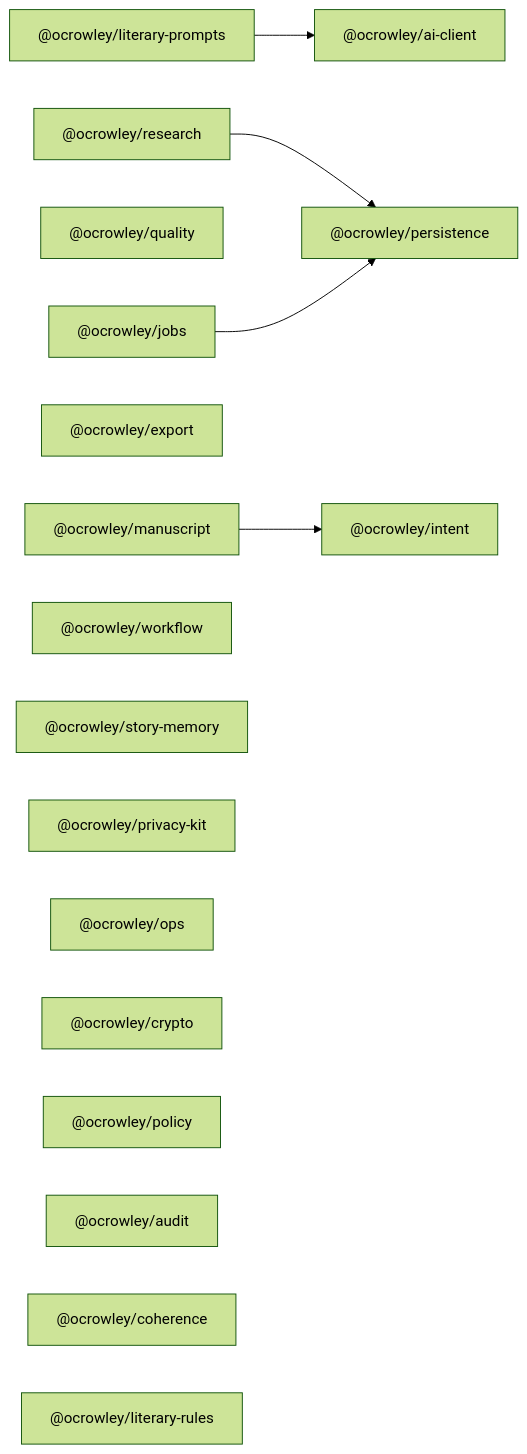
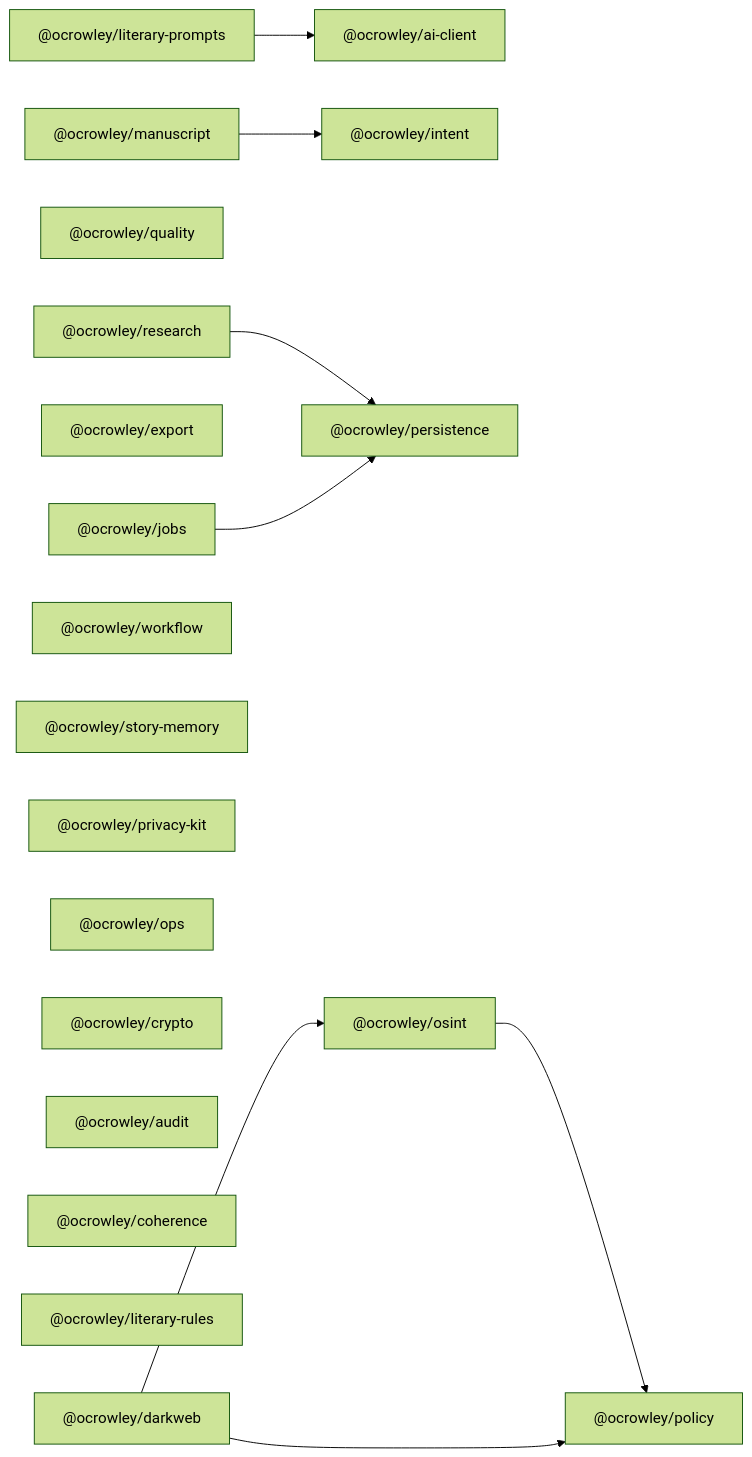
Before and after one commit to ocrowleymatt-stack/ocrowley-commons: the first of 2 diagrams in docs/ARCHITECTURE.md, drawn with Mermaid (forest theme). The commit also changed other lines of this file and 37 other files, not shown here.

````diff
--- a/docs/ARCHITECTURE.md
+++ b/docs/ARCHITECTURE.md
@@ -31,26 +32,31 @@
 ```mermaid
 flowchart LR
   aiClient["@ocrowley/ai-client"]
   intent["@ocrowley/intent"]
   persistence["@ocrowley/persistence"]
   prompts["@ocrowley/literary-prompts"]
   research["@ocrowley/research"]
   quality["@ocrowley/quality"]
   jobs["@ocrowley/jobs"]
   exportPkg["@ocrowley/export"]
   manuscript["@ocrowley/manuscript"]
   workflow["@ocrowley/workflow"]
   story["@ocrowley/story-memory"]
   privacy["@ocrowley/privacy-kit"]
   ops["@ocrowley/ops"]
   crypto["@ocrowley/crypto"]
   policyTs["@ocrowley/policy"]
   auditTs["@ocrowley/audit"]
   coherence["@ocrowley/coherence"]
   rules["@ocrowley/literary-rules"]
+  osint["@ocrowley/osint"]
+  darkweb["@ocrowley/darkweb"]
 
   prompts --> aiClient
   research --> persistence
   jobs --> persistence
   manuscript --> intent
+  osint --> policyTs
+  darkweb --> policyTs
+  darkweb --> osint
 ```
````
